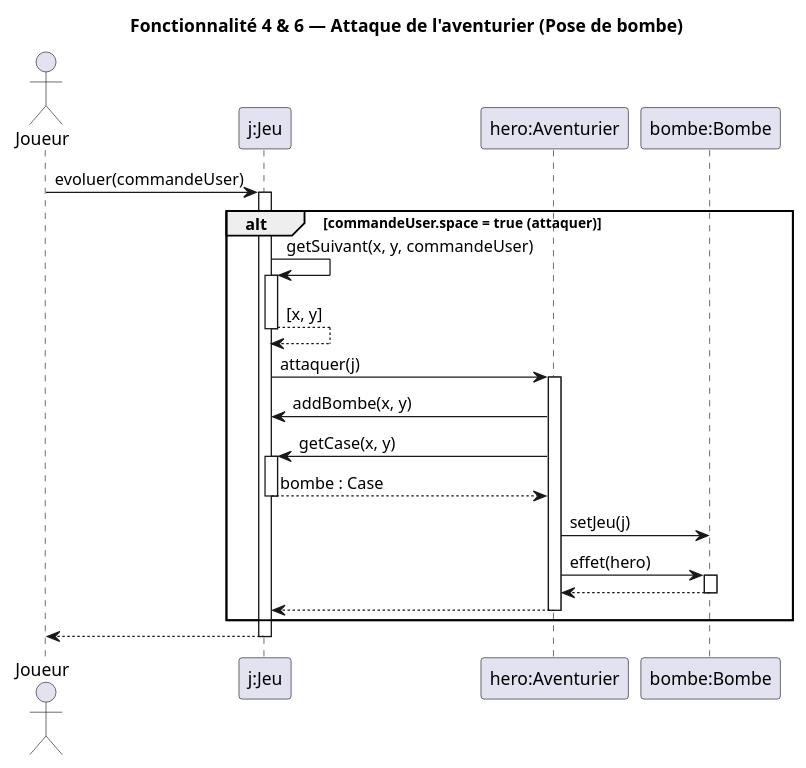
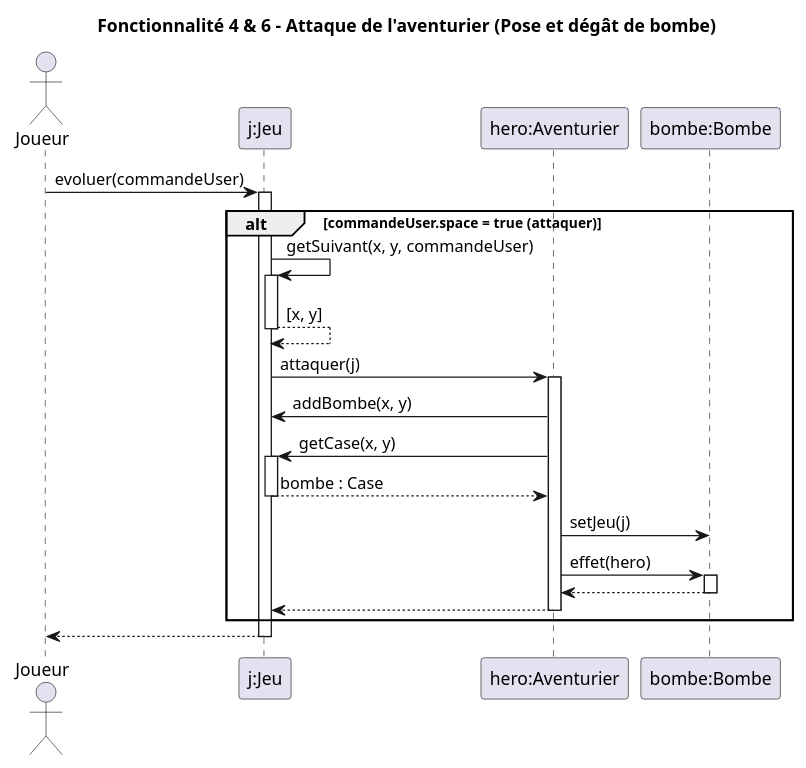
The diagram in projet_zeldiablo/documents/version_2/Diagrammes Séquence/Fonctionnalité 4 & 5 & 6.puml (lucas-martinati-pro/SAE_S2.01_Zeldiablo-LucasM_JeanLM_PierreGSV), drawn with PlantUML before and after one commit. The commit also changed 4 other files, not shown here.

Commit message:
change title of Diagrams

```diff
--- a/projet_zeldiablo/documents/version_2/Diagrammes Séquence/Fonctionnalité 4 & 5 & 6.puml
+++ b/projet_zeldiablo/documents/version_2/Diagrammes Séquence/Fonctionnalité 4 & 5 & 6.puml
@@ -1,40 +1,40 @@
 @startuml
-title Fonctionnalité 4 & 6 — Attaque de l'aventurier (Pose de bombe)
+title Fonctionnalité 4 & 6 - Attaque de l'aventurier (Pose et dégât de bombe)
 
 actor Joueur
 participant "j:Jeu" as Jeu
 participant "hero:Aventurier" as Hero
 participant "bombe:Bombe" as Bombe
 
 Joueur -> Jeu : evoluer(commandeUser)
 activate Jeu
 
 alt commandeUser.space = true (attaquer)
     Jeu -> Jeu : getSuivant(x, y, commandeUser)
     activate Jeu
     Jeu --> Jeu : [x, y]
 
 deactivate Jeu
     Jeu -> Hero : attaquer(j)
     activate Hero
 
     Hero -> Jeu : addBombe(x, y)
 
     Hero -> Jeu : getCase(x, y)
     activate Jeu
     Jeu --> Hero : bombe : Case
     deactivate Jeu
 
     Hero -> Bombe : setJeu(j)
     Hero -> Bombe : effet(hero)
     activate Bombe
     Bombe --> Hero
     deactivate Bombe
 
     Hero --> Jeu
     deactivate Hero
 end
 
 Jeu --> Joueur
 deactivate Jeu
 @enduml
```
